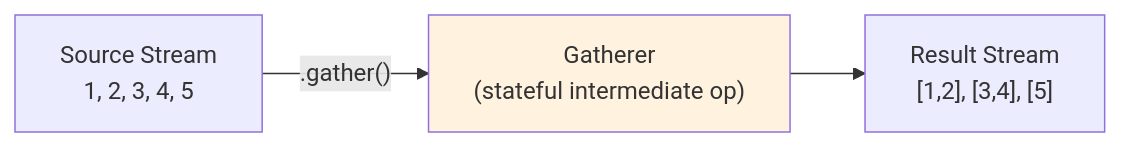
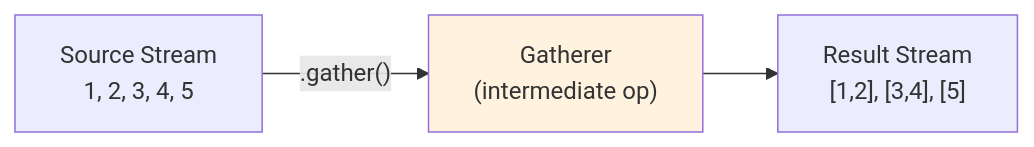
One commit to akeverus/cheat-sheet changed the fourth of 4 diagrams in cheatsheets/interview/programming-languages/java/java-stream-interview.md. Above: the diagram before and after it, drawn with Mermaid. The commit also changed other lines of this file and 154 other files, not shown here.

````diff
--- a/cheatsheets/interview/programming-languages/java/java-stream-interview.md
+++ b/cheatsheets/interview/programming-languages/java/java-stream-interview.md
@@ -938,6 +996,6 @@
 ```mermaid
 graph LR
-    S["Source Stream<br/>1, 2, 3, 4, 5"] -->|".gather()"| G["Gatherer<br/>(stateful intermediate op)"]
+    S["Source Stream<br/>1, 2, 3, 4, 5"] -->|".gather()"| G["Gatherer<br/>(intermediate op)"]
     G --> R["Result Stream<br/>[1,2], [3,4], [5]"]
     style G fill:#fff3e0
 ```
````
